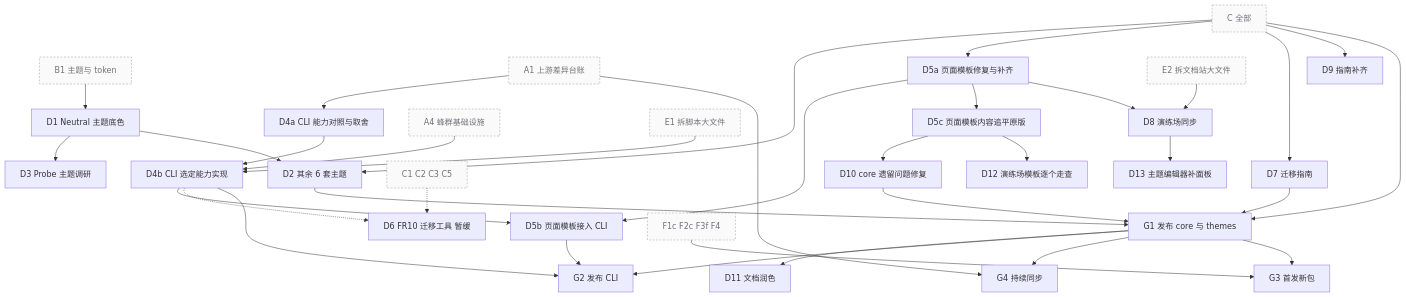
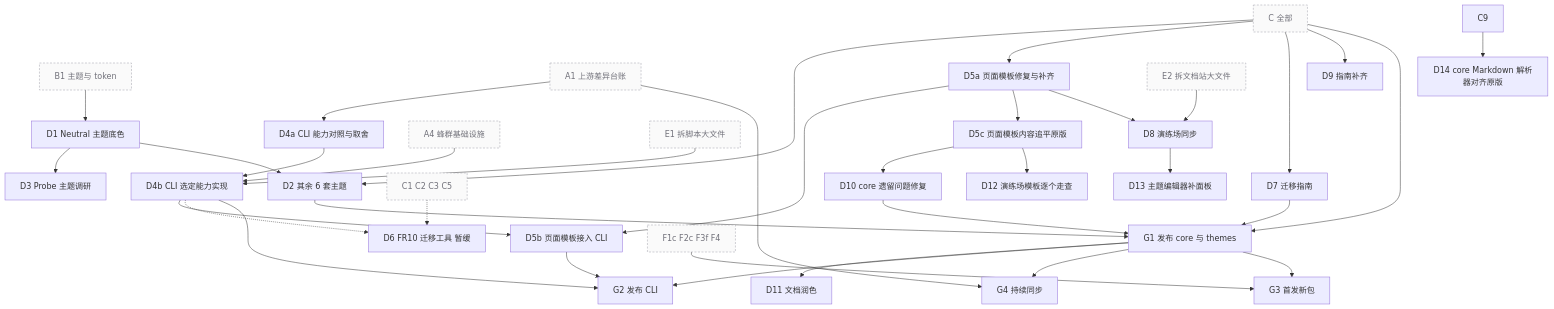
The fifth of 6 diagrams in .agents-work/upstream-sync-0.7.1/ROADMAP.md (astryx-vue/astryx-vue), drawn with Mermaid before and after one commit. The commit also changed other lines of this file and 2 other files, not shown here.

Commit message:
docs(swarm): F1a 完成；新增 D14 core Markdown 解析器对齐（#209）

````diff
--- a/.agents-work/upstream-sync-0.7.1/ROADMAP.md
+++ b/.agents-work/upstream-sync-0.7.1/ROADMAP.md
@@ -231,31 +232,32 @@
 ```mermaid
 flowchart TB
   classDef ext fill:#fafafa,stroke:#a1a1aa,stroke-dasharray:4 3,color:#71717a
   B1["B1 主题与 token"]:::ext --> D1["D1 Neutral 主题底色"]
   D1 --> D3["D3 Probe 主题调研"]
   CALL["C 全部"]:::ext
   D1 & CALL --> D2["D2 其余 6 套主题"]
   A1["A1 上游差异台账"]:::ext --> D4a["D4a CLI 能力对照与取舍"]
   D4a --> D4b["D4b CLI 选定能力实现"]
   A4["A4 蜂群基础设施"]:::ext --> D4b
   E1["E1 拆脚本大文件"]:::ext --> D4b
   CALL --> D5a["D5a 页面模板修复与补齐"]
   D5a & D4b --> D5b["D5b 页面模板接入 CLI"]
   D5a --> D5c["D5c 页面模板内容追平原版"]
   D4b -.-> D6["D6 FR10 迁移工具 暂缓"]
   C1235["C1 C2 C3 C5"]:::ext -.-> D6
   CALL --> D7["D7 迁移指南"]
   CALL --> D9["D9 指南补齐"]
   D5a --> D8["D8 演练场同步"]
   E2["E2 拆文档站大文件"]:::ext --> D8
   D5c --> D10["D10 core 遗留问题修复"]
   G1 --> D11["D11 文档润色"]
   D5c --> D12["D12 演练场模板逐个走查"]
   D8 --> D13["D13 主题编辑器补面板"]
+  C9 --> D14["D14 core Markdown 解析器对齐原版"]
   CALL & D2 & D7 & D10 --> G1["G1 发布 core 与 themes"]
   G1 & D4b & D5b --> G2["G2 发布 CLI"]
   A1 --> G4["G4 持续同步"]
   G1 --> G4
   G1 --> G3["G3 首发新包"]
   FDOC["F1c F2c F3f F4"]:::ext --> G3
 ```
````
